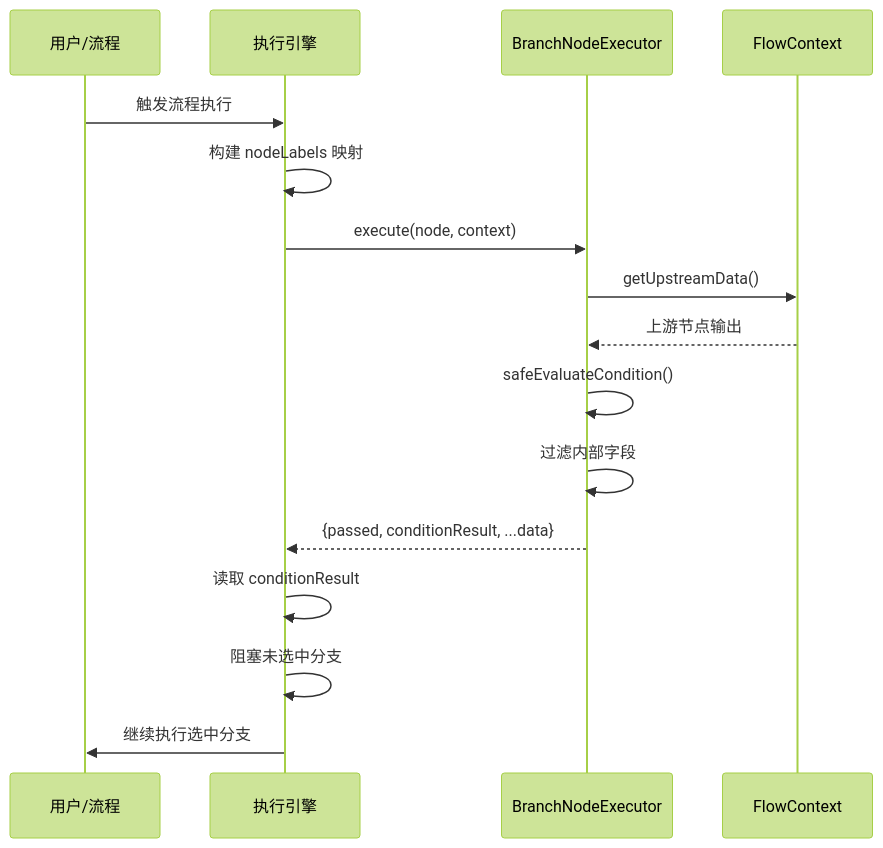
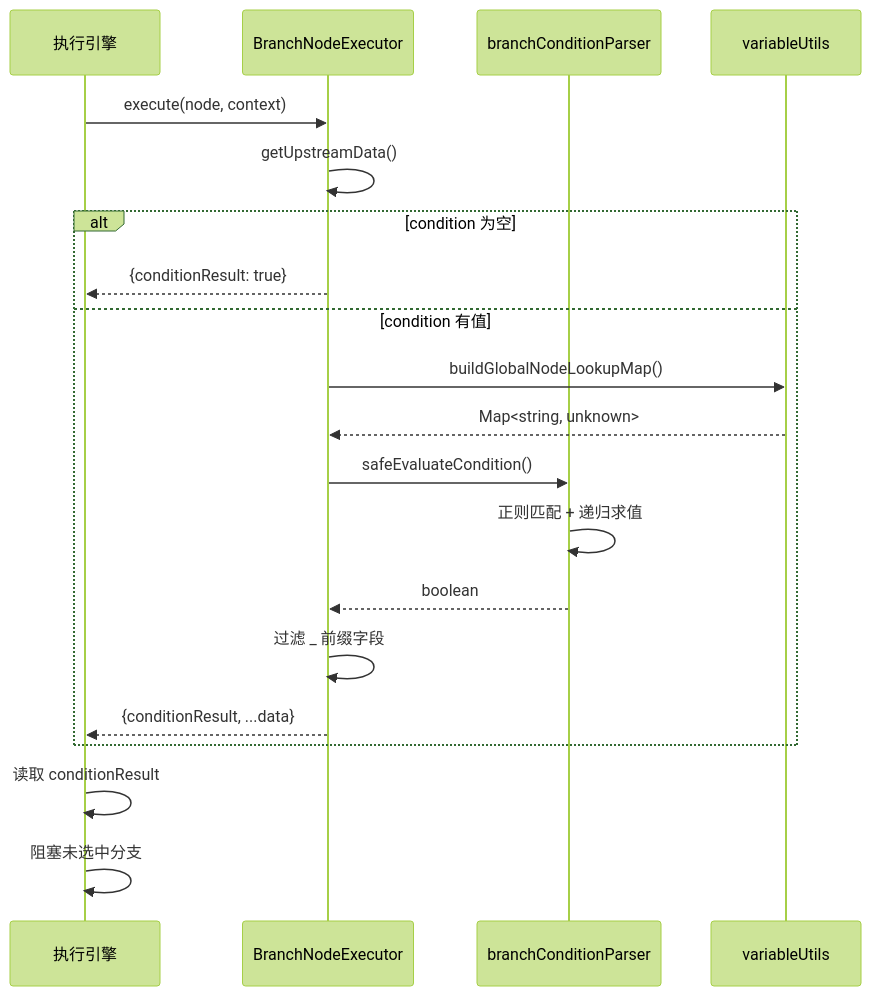
The second of 2 diagrams in docs/design/branch节点详情.md (JasperLin2333/Flash-Flow), drawn with Mermaid (forest theme) before and after one commit. The commit also changed other lines of this file and 226 other files, not shown here.

````diff
--- a/docs/design/branch节点详情.md
+++ b/docs/design/branch节点详情.md
@@ -334,19 +386,23 @@
 ```mermaid
 sequenceDiagram
-    participant User as 用户/流程
     participant Engine as 执行引擎
     participant Branch as BranchNodeExecutor
-    participant Context as FlowContext
+    participant Parser as branchConditionParser
+    participant Lookup as variableUtils
     
-    User->>Engine: 触发流程执行
-    Engine->>Engine: 构建 nodeLabels 映射
     Engine->>Branch: execute(node, context)
-    Branch->>Context: getUpstreamData()
-    Context-->>Branch: 上游节点输出
-    Branch->>Branch: safeEvaluateCondition()
-    Branch->>Branch: 过滤内部字段
-    Branch-->>Engine: {passed, conditionResult, ...data}
+    Branch->>Branch: getUpstreamData()
+    alt condition 为空
+        Branch-->>Engine: {conditionResult: true}
+    else condition 有值
+        Branch->>Lookup: buildGlobalNodeLookupMap()
+        Lookup-->>Branch: Map<string, unknown>
+        Branch->>Parser: safeEvaluateCondition()
+        Parser->>Parser: 正则匹配 + 递归求值
+        Parser-->>Branch: boolean
+        Branch->>Branch: 过滤 _ 前缀字段
+        Branch-->>Engine: {conditionResult, ...data}
+    end
     Engine->>Engine: 读取 conditionResult
     Engine->>Engine: 阻塞未选中分支
-    Engine->>User: 继续执行选中分支
 ```
````
